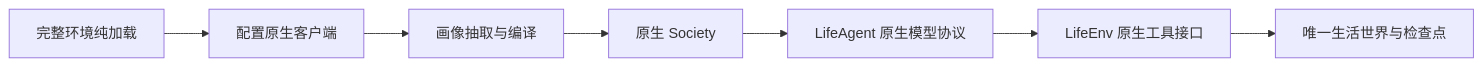
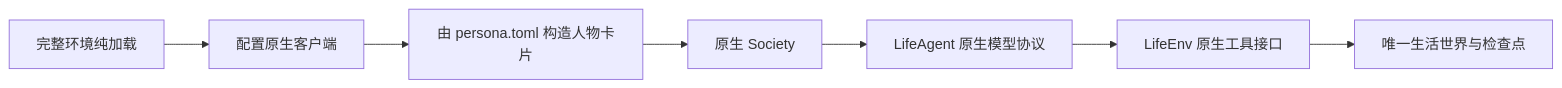
One commit to HoldThatThgt/WorldMock changed the diagram in docs/design/10-runtime.md. Above: the diagram before and after it, drawn with Mermaid. The commit also changed other lines of this file and 8 other files, not shown here.

````diff
--- a/docs/design/10-runtime.md
+++ b/docs/design/10-runtime.md
@@ -9,9 +9,9 @@
 ```mermaid
 flowchart LR
     Inputs[完整环境纯加载] --> Config[配置原生客户端]
-    Config --> Profile[画像抽取与编译]
+    Config --> Profile[由 persona.toml 构造人物卡片]
     Profile --> Society[原生 Society]
     Society --> Agent[LifeAgent 原生模型协议]
     Agent --> Environment[LifeEnv 原生工具接口]
     Environment --> State[唯一生活世界与检查点]
 ```
````
